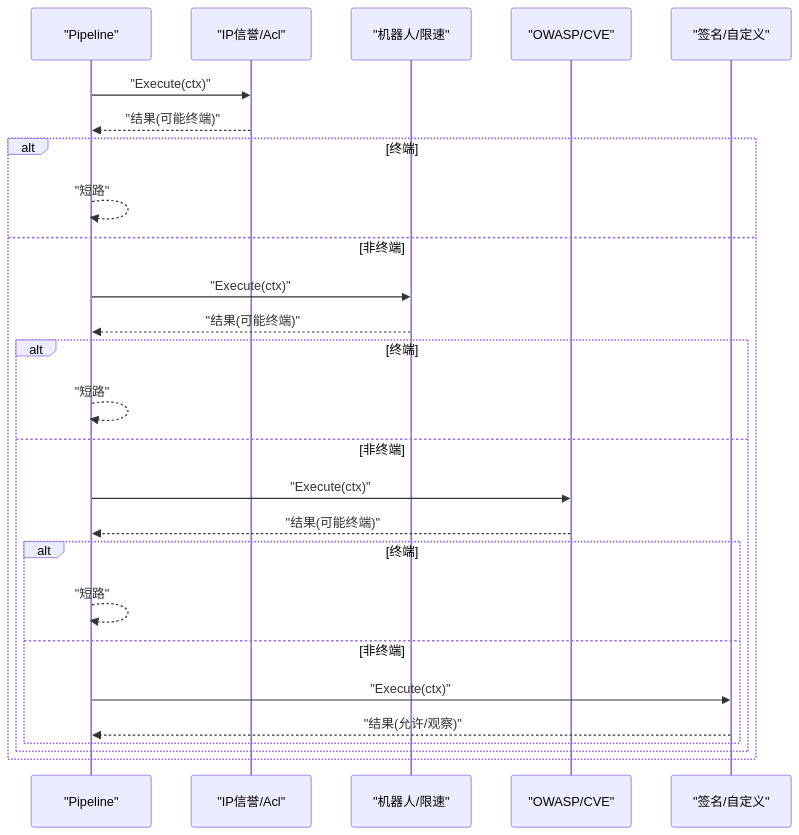
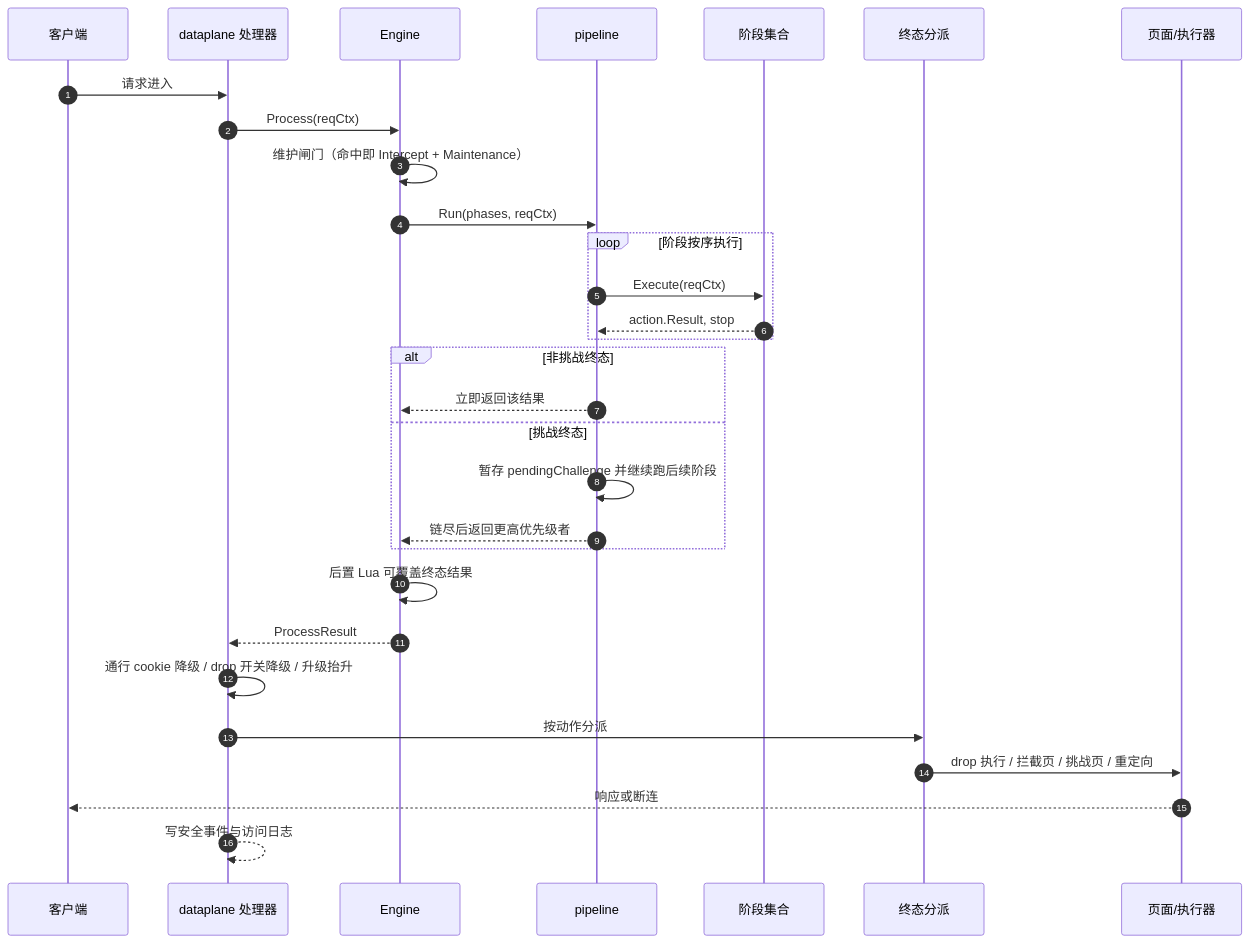
Before and after one commit to x01n/My-OpenWaf: the third of 6 diagrams in docs/扩展与插件系统/规则引擎扩展/动作集成.md, drawn with Mermaid. The commit also changed other lines of this file and 622 other files, not shown here.

````diff
--- a/docs/扩展与插件系统/规则引擎扩展/动作集成.md
+++ b/docs/扩展与插件系统/规则引擎扩展/动作集成.md
@@ -330,28 +194,32 @@
 ```mermaid
 sequenceDiagram
-participant P as "Pipeline"
-participant A as "IP信誉/Acl"
-participant B as "机器人/限速"
-participant C as "OWASP/CVE"
-participant D as "签名/自定义"
-P->>A : "Execute(ctx)"
-A-->>P : "结果(可能终端)"
-alt 终端
-P-->>P : "短路"
-else 非终端
-P->>B : "Execute(ctx)"
-B-->>P : "结果(可能终端)"
-alt 终端
-P-->>P : "短路"
-else 非终端
-P->>C : "Execute(ctx)"
-C-->>P : "结果(可能终端)"
-alt 终端
-P-->>P : "短路"
-else 非终端
-P->>D : "Execute(ctx)"
-D-->>P : "结果(允许/观察)"
+autonumber
+participant C as 客户端
+participant DP as dataplane 处理器
+participant EN as Engine
+participant PL as pipeline
+participant PH as 阶段集合
+participant HD as 终态分派
+participant PG as 页面/执行器
+C->>DP: 请求进入
+DP->>EN: Process(reqCtx)
+EN->>EN: 维护闸门（命中即 Intercept + Maintenance）
+EN->>PL: Run(phases, reqCtx)
+loop 阶段按序执行
+PL->>PH: Execute(reqCtx)
+PH-->>PL: action.Result, stop
 end
+alt 非挑战终态
+PL-->>EN: 立即返回该结果
+else 挑战终态
+PL->>PL: 暂存 pendingChallenge 并继续跑后续阶段
+PL-->>EN: 链尽后返回更高优先级者
 end
-end
+EN->>EN: 后置 Lua 可覆盖终态结果
+EN-->>DP: ProcessResult
+DP->>DP: 通行 cookie 降级 / drop 开关降级 / 升级抬升
+DP->>HD: 按动作分派
+HD->>PG: drop 执行 / 拦截页 / 挑战页 / 重定向
+PG-->>C: 响应或断连
+DP-->>DP: 写安全事件与访问日志
 ```
````
